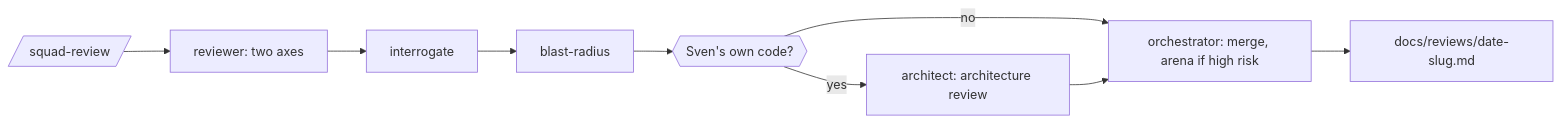
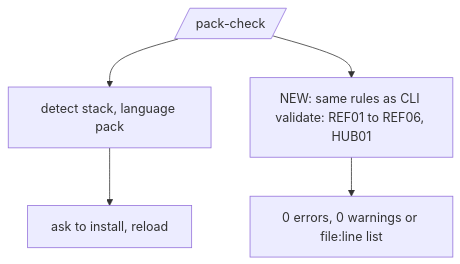
Before and after one commit to svennijhuis/agentPacks: the fourth of 6 diagrams in docs/pbi/squad/FLOWS.md, drawn with Mermaid. The commit also changed other lines of this file and 21 other files, not shown here.

Commit message:
docs(pbi): STRUCTURE.md, pin or copy decision rule, FLOWS per existing command, good and bad example per PBI

````diff
--- a/docs/pbi/squad/FLOWS.md
+++ b/docs/pbi/squad/FLOWS.md
@@ -99,8 +139,7 @@
 ```mermaid
-flowchart LR
-  C[/squad-review/] --> R[reviewer: two axes] --> IN[interrogate] --> BR[blast-radius]
-  BR --> AR{{Sven's own code?}}
-  AR -->|yes| ARC[architect: architecture review]
-  AR -->|no| O
-  ARC --> O[orchestrator: merge, arena if high risk] --> REP[docs/reviews/date-slug.md]
+flowchart TD
+  C[/pack-check/] --> D[detect stack, language pack]
+  C --> V[NEW: same rules as CLI validate: REF01 to REF06, HUB01]
+  V --> R[0 errors, 0 warnings or file:line list]
+  D --> I[ask to install, reload]
 ```
````
